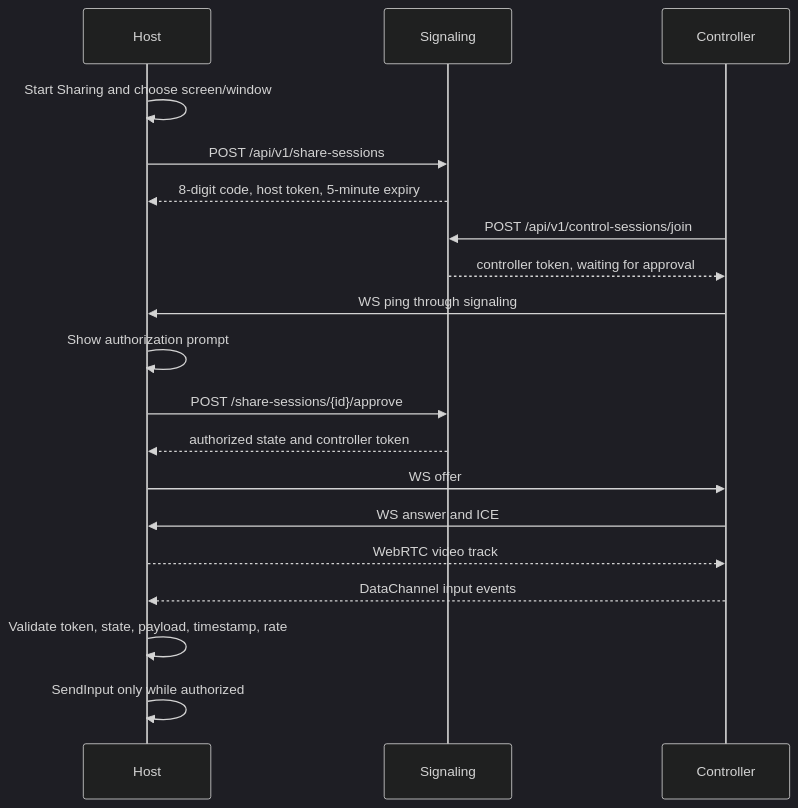
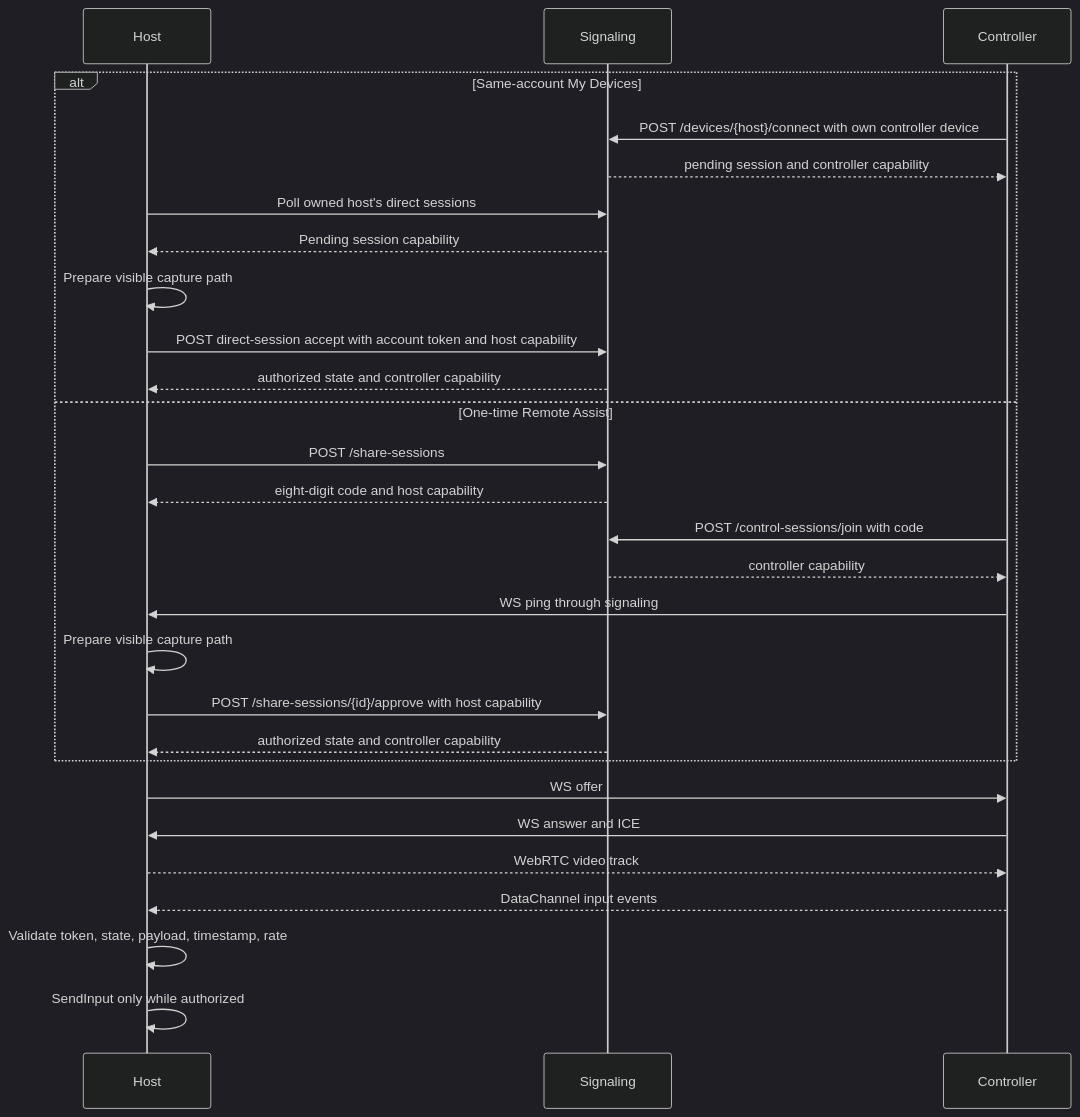
One commit to hajimi1214/RemoteAssist changed the diagram in docs/data-flow.md. Above: the diagram before and after it, drawn with Mermaid (dark theme). The commit also changed 42 other files, not shown here.

````diff
--- a/docs/data-flow.md
+++ b/docs/data-flow.md
@@ -3,21 +3,30 @@
 ```mermaid
 sequenceDiagram
   participant H as Host
   participant S as Signaling
   participant C as Controller
-  H->>H: Start Sharing and choose screen/window
-  H->>S: POST /api/v1/share-sessions
-  S-->>H: 8-digit code, host token, 5-minute expiry
-  C->>S: POST /api/v1/control-sessions/join
-  S-->>C: controller token, waiting for approval
-  C->>H: WS ping through signaling
-  H->>H: Show authorization prompt
-  H->>S: POST /share-sessions/{id}/approve
-  S-->>H: authorized state and controller token
+  alt Same-account My Devices
+    C->>S: POST /devices/{host}/connect with own controller device
+    S-->>C: pending session and controller capability
+    H->>S: Poll owned host's direct sessions
+    S-->>H: Pending session capability
+    H->>H: Prepare visible capture path
+    H->>S: POST direct-session accept with account token and host capability
+    S-->>H: authorized state and controller capability
+  else One-time Remote Assist
+    H->>S: POST /share-sessions
+    S-->>H: eight-digit code and host capability
+    C->>S: POST /control-sessions/join with code
+    S-->>C: controller capability
+    C->>H: WS ping through signaling
+    H->>H: Prepare visible capture path
+    H->>S: POST /share-sessions/{id}/approve with host capability
+    S-->>H: authorized state and controller capability
+  end
   H->>C: WS offer
   C->>H: WS answer and ICE
   H-->>C: WebRTC video track
   C-->>H: DataChannel input events
   H->>H: Validate token, state, payload, timestamp, rate
   H->>H: SendInput only while authorized
 ```
````
